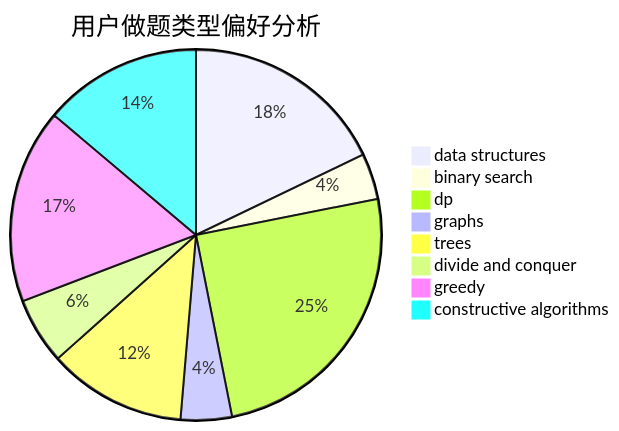
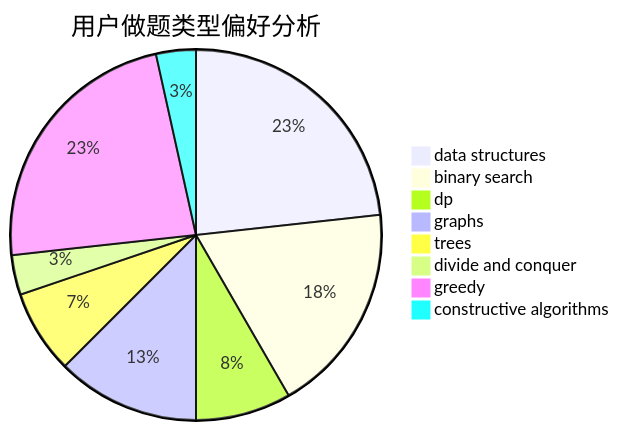
Before and after one commit to sherpahu/cfrs.github.io: the second of 3 diagrams in docs/user/u1745.md, drawn with Mermaid. The commit also changed other lines of this file and 2770 other files, not shown here.

````diff
--- a/docs/user/u1745.md
+++ b/docs/user/u1745.md
@@ -23,11 +23,11 @@
 ```mermaid
 pie title 用户做题类型偏好分析
-    "data structures" :  40
-    "binary search" :  9
-    "dp" :  56
-    "graphs" :  10
-    "trees" :  27
-    "divide and conquer" :  13
-    "greedy" :  38
-    "constructive algorithms" :  31
+    "data structures" :  67
+    "binary search" :  53
+    "dp" :  24
+    "graphs" :  36
+    "trees" :  21
+    "divide and conquer" :  10
+    "greedy" :  67
+    "constructive algorithms" :  10
 ```
````
